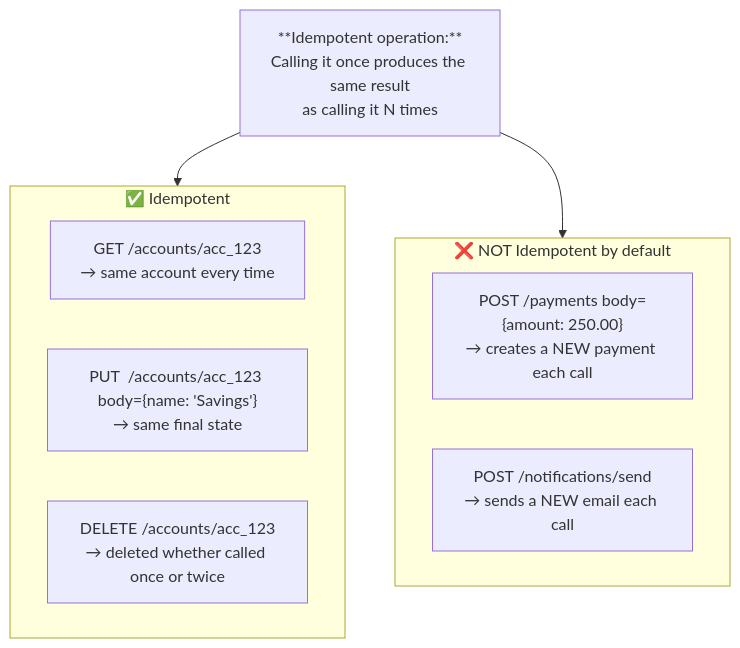
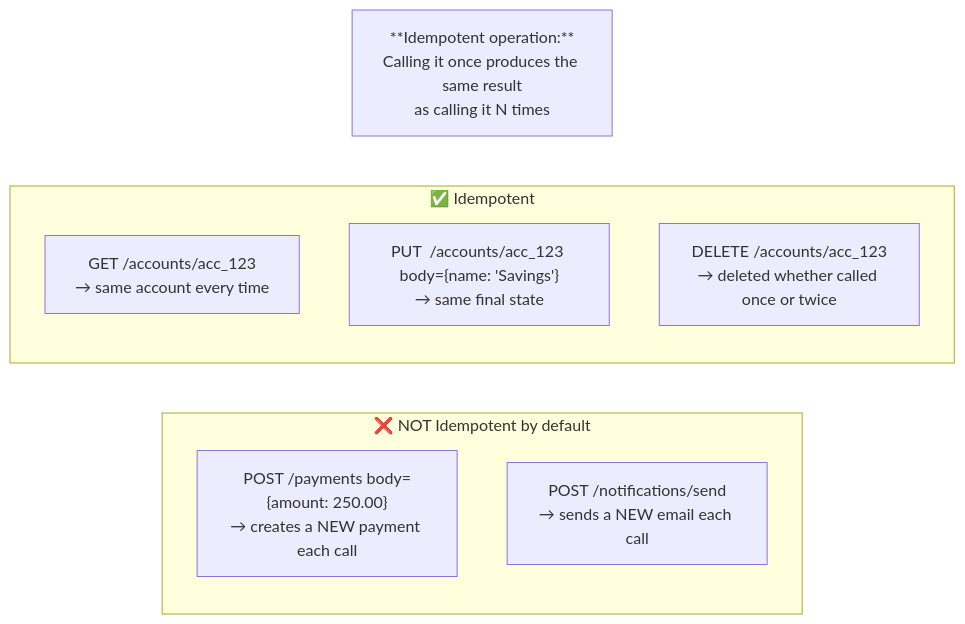
One commit to romangurevitch/GoTraining changed the first of 8 diagrams in internal/fundamentals/api-fundamentals/02-idempotency.md. Above: the diagram before and after it, drawn with Mermaid. The commit also changed other lines of this file and 20 other files, not shown here.

````diff
--- a/internal/fundamentals/api-fundamentals/02-idempotency.md
+++ b/internal/fundamentals/api-fundamentals/02-idempotency.md
@@ -7,18 +7,21 @@
 ```mermaid
-graph TB
+graph TD
     DEF["**Idempotent operation:**<br/>Calling it once produces the same result<br/>as calling it N times"]
 
+    DEF ~~~ Idempotent
+
     subgraph Idempotent["✅ Idempotent"]
+        direction TB
         I1["GET  /accounts/acc_123<br/>→ same account every time"]
         I2["PUT  /accounts/acc_123 body={name: 'Savings'}<br/>→ same final state"]
         I3["DELETE /accounts/acc_123<br/>→ deleted whether called once or twice"]
     end
 
+    Idempotent ~~~ NotIdempotent
+
     subgraph NotIdempotent["❌ NOT Idempotent by default"]
+        direction TB
         N1["POST /payments body={amount: 250.00}<br/>→ creates a NEW payment each call"]
         N2["POST /notifications/send<br/>→ sends a NEW email each call"]
     end
-
-    DEF --> Idempotent
-    DEF --> NotIdempotent
 ```
````
